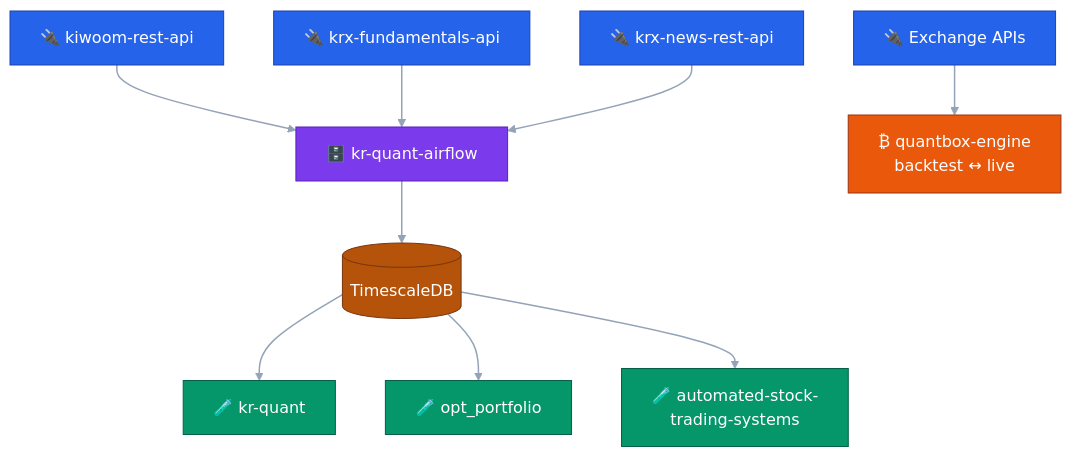
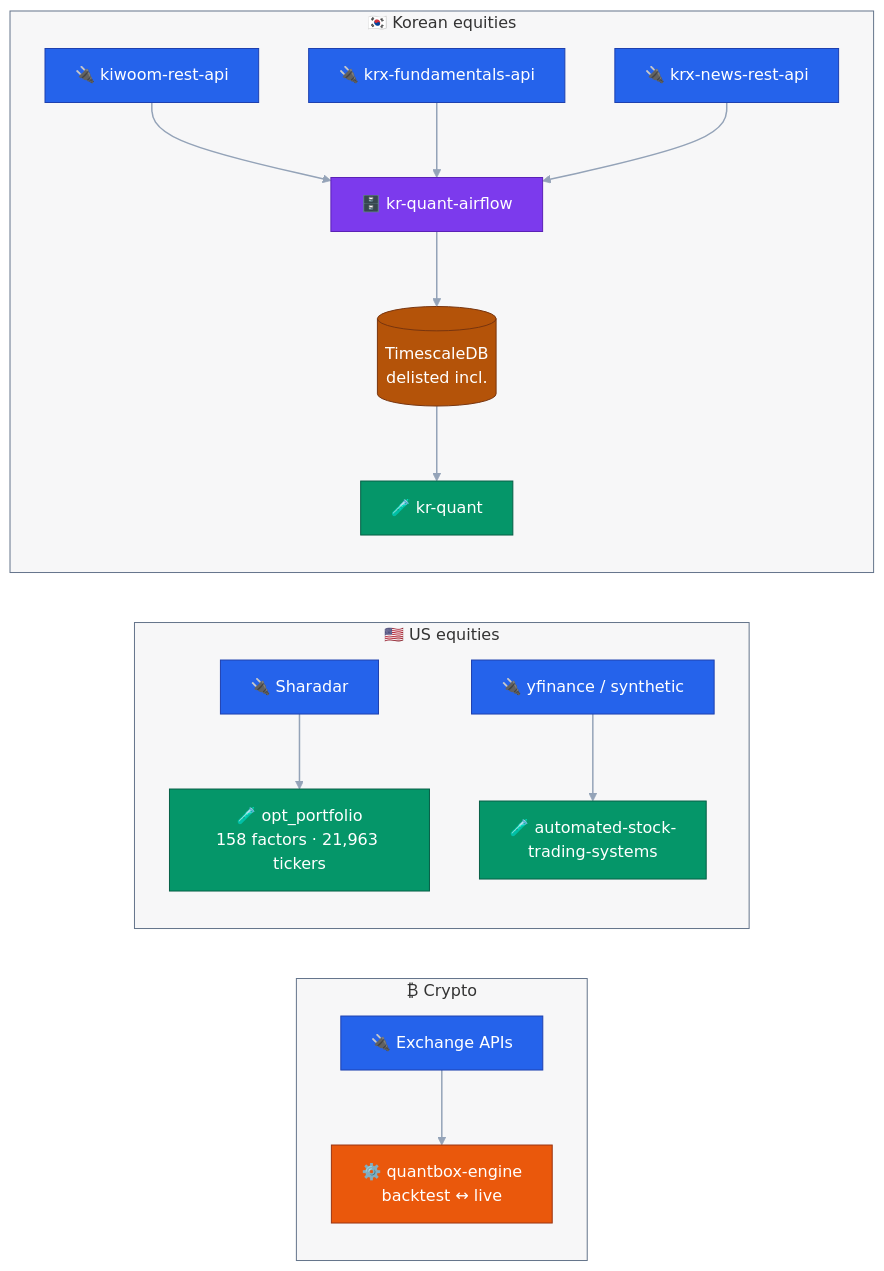
One commit to younghwan91/younghwan91 changed the diagram in README.md. Above: the diagram before and after it, drawn with Mermaid. The commit also changed other lines of this file, not shown here.

Commit message:
docs: 레포 실제 내용과 불일치 수정 + 다이어그램 구조 정정
사실 오류
- kiwoom 엔드포인트 207 → 186 (REST 182 + 조건검색 4)
- 다이어그램: opt_portfolio·automated-stock-trading-systems를
  TimescaleDB 하위로 그렸으나 실제로는 무관
  (opt_portfolio=Sharadar→DuckDB, ASTS=synthetic/yfinance)
- opt_portfolio 설명이 VAA만 언급 — 실제 주력인 미국 팩터 엔진
  (158 factors · 21,963 tickers · 1997–2026) 누락

다이어그램 재구성
- 한국/미국/크립토 3개 독립 스택으로 분리, 세로 정렬
- 서브그래프 정렬용 링크는 linkStyle로 숨김

누락 보강
- kiwoom PyPI 배포(kiwoom-client) 명시
- kr-quant-airflow 상장폐지 종목 백필(생존편향 제거)
- kr-quant 가드레일: purged CV·Deflated Sharpe·CI 강제
- krx-fundamentals-api 스크리닝·배당·대주주 범위

````diff
--- a/README.md
+++ b/README.md
@@ -28,25 +28,44 @@
 ```mermaid
 flowchart TD
-    K["🔌 kiwoom-rest-api"] --> AF
-    F["🔌 krx-fundamentals-api"] --> AF
-    NW["🔌 krx-news-rest-api"] --> AF
-    AF["🗄️ kr-quant-airflow"] --> DB[("TimescaleDB")]
-    DB --> Q["🧪 kr-quant"]
-    DB --> O["🧪 opt_portfolio"]
-    DB --> AT["🧪 automated-stock-<br/>trading-systems"]
-    EX["🔌 Exchange APIs"] --> CR["₿ quantbox-engine<br/>backtest ↔ live"]
+    subgraph KR ["🇰🇷 Korean equities"]
+        direction TB
+        K["🔌 kiwoom-rest-api"] --> AF
+        F["🔌 krx-fundamentals-api"] --> AF
+        NW["🔌 krx-news-rest-api"] --> AF
+        AF["🗄️ kr-quant-airflow"] --> DB[("TimescaleDB<br/>delisted incl.")]
+        DB --> Q["🧪 kr-quant"]
+    end
+
+    subgraph US ["🇺🇸 US equities"]
+        direction TB
+        SH["🔌 Sharadar"] --> O["🧪 opt_portfolio<br/>158 factors · 21,963 tickers"]
+        YF["🔌 yfinance / synthetic"] --> AT["🧪 automated-stock-<br/>trading-systems"]
+    end
+
+    subgraph CX ["₿ Crypto"]
+        direction TB
+        EX["🔌 Exchange APIs"] --> CR["⚙️ quantbox-engine<br/>backtest ↔ live"]
+    end
+
+    KR ~~~ US ~~~ CX
 
     classDef src    fill:#2563EB,stroke:#1E40AF,stroke-width:1px,color:#FFFFFF
     classDef pipe   fill:#7C3AED,stroke:#5B21B6,stroke-width:1px,color:#FFFFFF
     classDef store  fill:#B45309,stroke:#78350F,stroke-width:1px,color:#FFFFFF
     classDef res    fill:#059669,stroke:#065F46,stroke-width:1px,color:#FFFFFF
     classDef crypto fill:#EA580C,stroke:#9A3412,stroke-width:1px,color:#FFFFFF
 
-    class K,F,NW,EX src
+    class K,F,NW,EX,SH,YF src
     class AF pipe
     class DB store
     class Q,O,AT res
     class CR crypto
 
-    linkStyle default stroke:#94A3B8,stroke-width:1.5px
+    style KR fill:#0F172A08,stroke:#64748B,stroke-width:1px
+    style US fill:#0F172A08,stroke:#64748B,stroke-width:1px
+    style CX fill:#0F172A08,stroke:#64748B,stroke-width:1px
+
+    %% 0-7: 실제 데이터 흐름 / 8-9: 서브그래프 세로 정렬용 (숨김)
+    linkStyle 0,1,2,3,4,5,6,7 stroke:#94A3B8,stroke-width:1.5px
+    linkStyle 8,9 stroke-width:0px,stroke:none,fill:none
 ```
````
